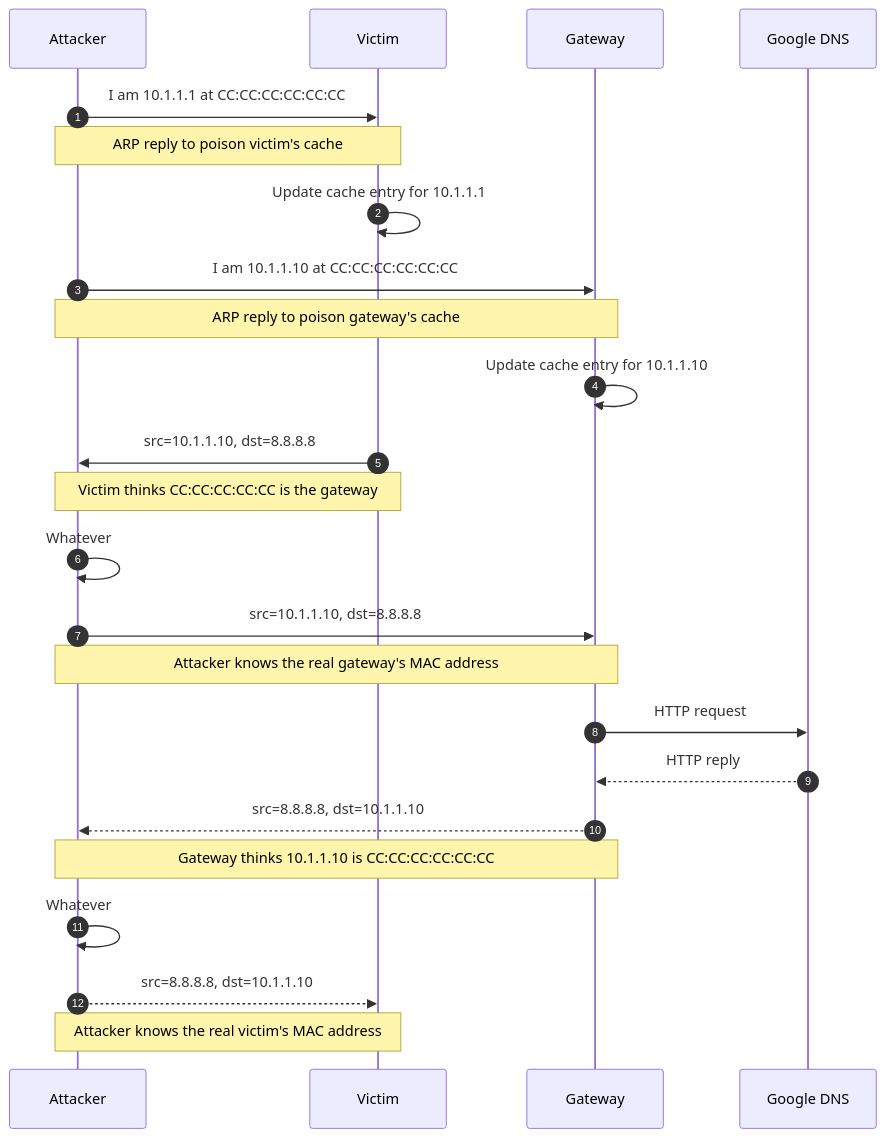
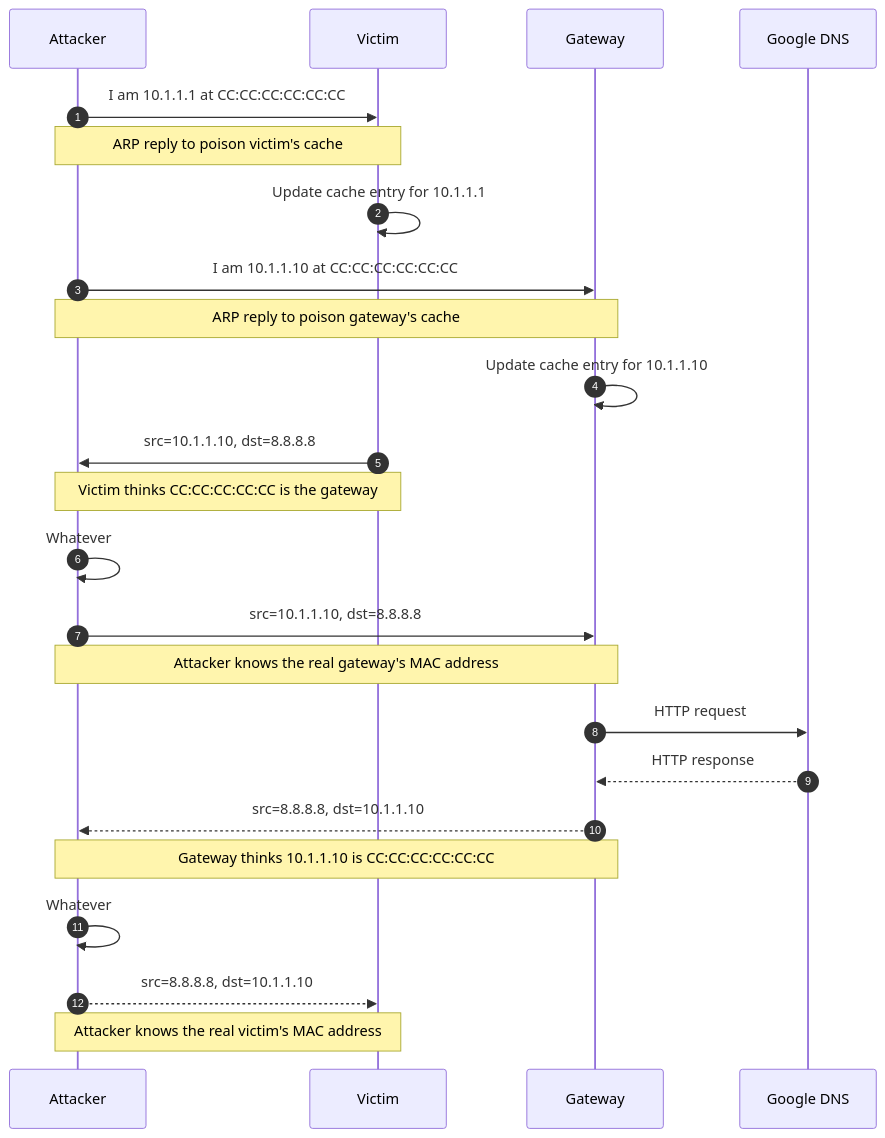
One commit to fglmtt/admin changed the first of 3 diagrams in lectures/11-networking.md. Above: the diagram before and after it, drawn with Mermaid. The commit also changed other lines of this file, not shown here.

````diff
--- a/lectures/11-networking.md
+++ b/lectures/11-networking.md
@@ -322,23 +320,23 @@
 ```mermaid
 sequenceDiagram
     autonumber
     Attacker ->> Victim: I am 10.1.1.1 at CC:CC:CC:CC:CC:CC
     Note over Attacker, Victim: ARP reply to poison victim's cache
     Victim ->> Victim: Update cache entry for 10.1.1.1
     Attacker ->> Gateway: I am 10.1.1.10 at CC:CC:CC:CC:CC:CC
     Note over Attacker, Gateway: ARP reply to poison gateway's cache
     Gateway ->> Gateway: Update cache entry for 10.1.1.10
 
     Victim ->> Attacker: src=10.1.1.10, dst=8.8.8.8
     Note over Victim, Attacker: Victim thinks CC:CC:CC:CC:CC is the gateway
     Attacker ->> Attacker: Whatever
     Attacker ->> Gateway: src=10.1.1.10, dst=8.8.8.8
     Note over Attacker, Gateway: Attacker knows the real gateway's MAC address
     Gateway ->> Google DNS: HTTP request
-    Google DNS -->> Gateway: HTTP reply
+    Google DNS -->> Gateway: HTTP response
     Gateway -->> Attacker: src=8.8.8.8, dst=10.1.1.10
     Note over Gateway, Attacker: Gateway thinks 10.1.1.10 is CC:CC:CC:CC:CC:CC
     Attacker ->> Attacker: Whatever
     Attacker -->> Victim: src=8.8.8.8, dst=10.1.1.10
     Note over Attacker, Victim: Attacker knows the real victim's MAC address
 ```
````
